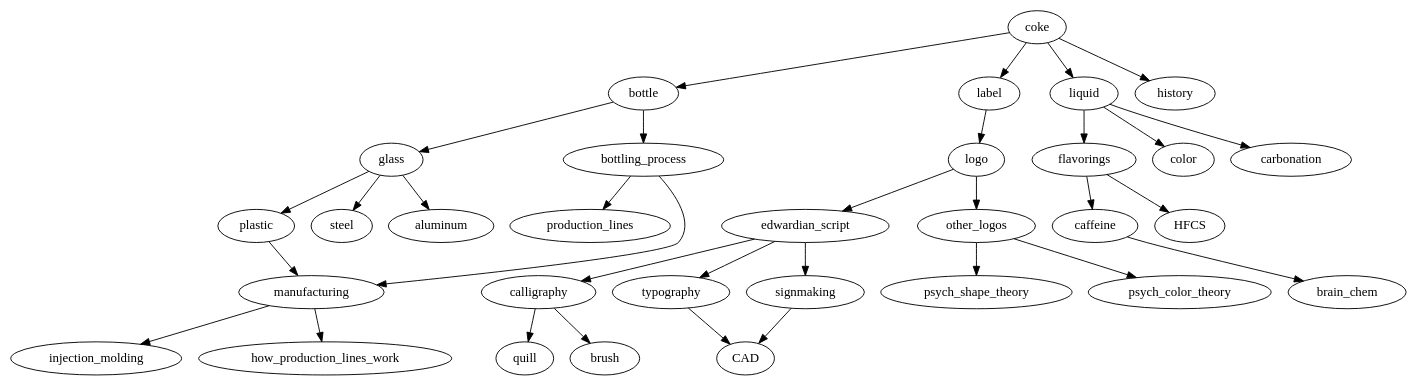
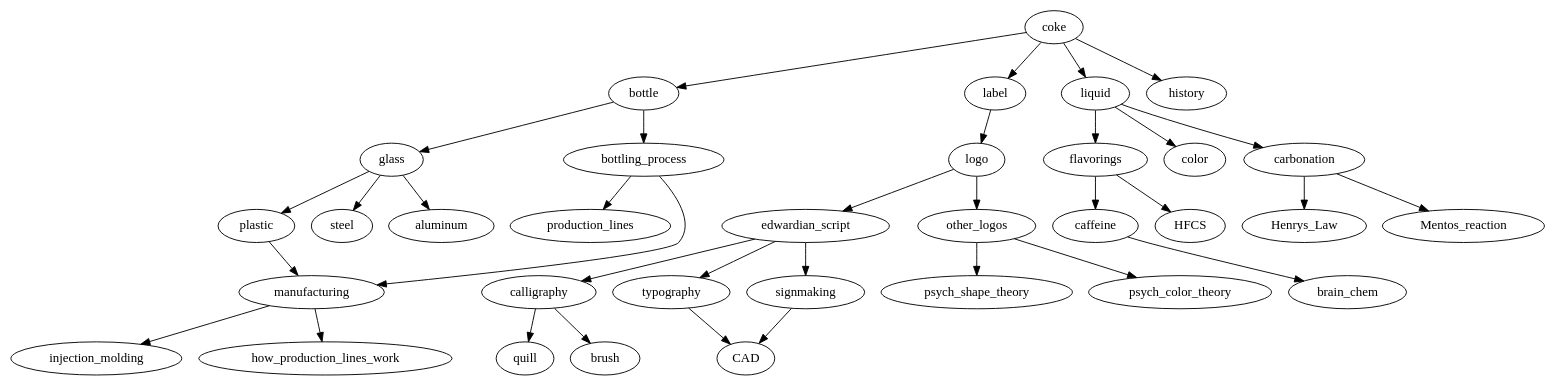
Before and after one commit to vinitlee/ufiles: the diagram in scienceofeverything.dot, drawn with Graphviz.

```diff
--- a/scienceofeverything.dot
+++ b/scienceofeverything.dot
@@ -1,48 +1,51 @@
 digraph coke {
     coke -> bottle
     coke -> label
     coke -> liquid
     coke -> history
     
     bottle -> glass
     bottle -> bottling_process
 
     bottling_process -> production_lines
     bottling_process -> manufacturing
 
     glass -> plastic
     glass -> steel
     glass -> aluminum
 
     plastic -> manufacturing -> injection_molding
 
     manufacturing -> how_production_lines_work
 
     label -> logo
 
     logo -> edwardian_script
     logo -> other_logos
 
     edwardian_script -> calligraphy
     edwardian_script -> typography
     edwardian_script -> signmaking
 
     signmaking -> CAD
 
     typography -> CAD
 
     calligraphy -> quill
     calligraphy -> brush
 
     other_logos -> psych_shape_theory
     other_logos -> psych_color_theory
 
     liquid -> flavorings
     liquid -> color
     liquid -> carbonation
 
+    carbonation -> Henrys_Law
+    carbonation -> Mentos_reaction
+
     flavorings -> caffeine
     flavorings -> HFCS
 
     caffeine -> brain_chem
 }
```
